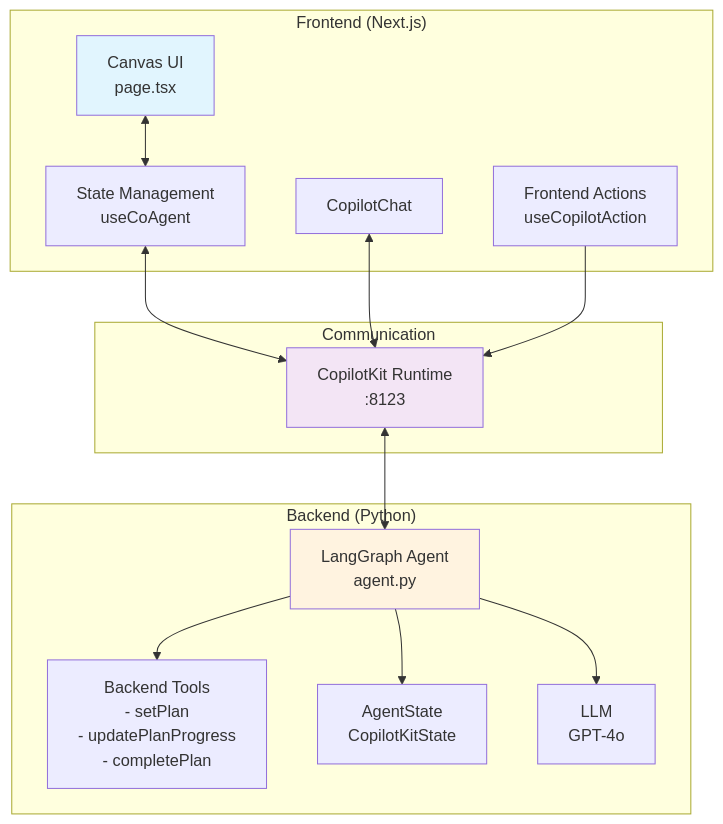
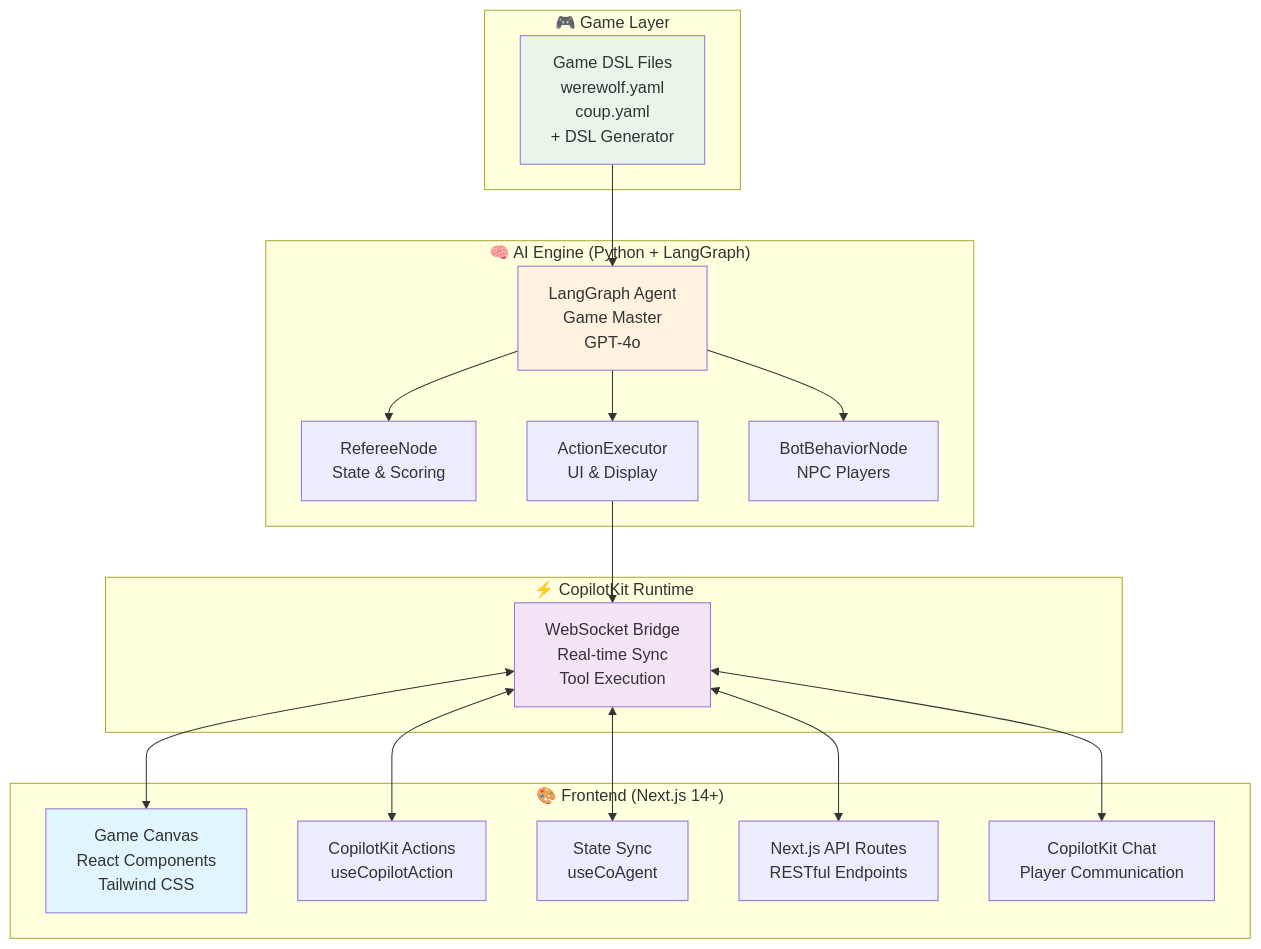
The diagram in README.md (liruihan000/game_engine), drawn with Mermaid before and after one commit. The commit also changed other lines of this file and 13 other files, not shown here.

````diff
--- a/README.md
+++ b/README.md
@@ -100,36 +61,41 @@
 ```mermaid
 graph TB
-    subgraph "Frontend (Next.js)"
-        UI[Canvas UI<br/>page.tsx]
-        Actions[Frontend Actions<br/>useCopilotAction]
-        State[State Management<br/>useCoAgent]
-        Chat[CopilotChat]
+    subgraph "🎮 Game Layer"
+        DSL[Game DSL Files<br/>werewolf.yaml<br/>coup.yaml<br/>+ DSL Generator]
     end
     
-    subgraph "Backend (Python)"
-        Agent[LangGraph Agent<br/>agent.py]
-        Tools[Backend Tools<br/>- setPlan<br/>- updatePlanProgress<br/>- completePlan]
-        AgentState[AgentState<br/>CopilotKitState]
-        Model[LLM<br/>GPT-4o]
+    subgraph "🧠 AI Engine (Python + LangGraph)"
+        Agent[LangGraph Agent<br/>Game Master<br/>GPT-4o]
+        Referee[RefereeNode<br/>State & Scoring]
+        ActionEx[ActionExecutor<br/>UI & Display]
+        BotNodes[BotBehaviorNode<br/>NPC Players]
     end
     
-    subgraph "Communication"
-        Runtime[CopilotKit Runtime<br/>:8123]
+    subgraph "🎨 Frontend (Next.js 14+)"
+        UI[Game Canvas<br/>React Components<br/>Tailwind CSS]
+        Actions[CopilotKit Actions<br/>useCopilotAction]
+        State[State Sync<br/>useCoAgent]
+        API[Next.js API Routes<br/>RESTful Endpoints]
+        Chat[CopilotKit Chat<br/>Player Communication]
     end
     
-    UI <--> State
-    State <--> Runtime
-    Chat <--> Runtime
-    Actions --> Runtime
-    Runtime <--> Agent
-    Agent --> Tools
-    Agent --> AgentState
-    Agent --> Model
+    subgraph "⚡ CopilotKit Runtime"
+        Runtime[WebSocket Bridge<br/>Real-time Sync<br/>Tool Execution]
+    end
     
+    DSL --> Agent
+    Agent --> Referee
+    Agent --> ActionEx
+    Agent --> BotNodes
+    ActionEx --> Runtime
+    Runtime <--> UI
+    Runtime <--> Actions
+    Runtime <--> State
+    Runtime <--> Chat
+    Runtime <--> API
+    
+    style DSL fill:#e8f5e8
+    style Agent fill:#fff3e0
     style UI fill:#e1f5fe
-    style Agent fill:#fff3e0
     style Runtime fill:#f3e5f5
-    
-    click UI "https://github.com/CopilotKit/canvas-with-langgraph-python/blob/main/src/app/page.tsx"
-    click Agent "https://github.com/CopilotKit/canvas-with-langgraph-python/blob/main/agent/agent.py"
 ```
````
